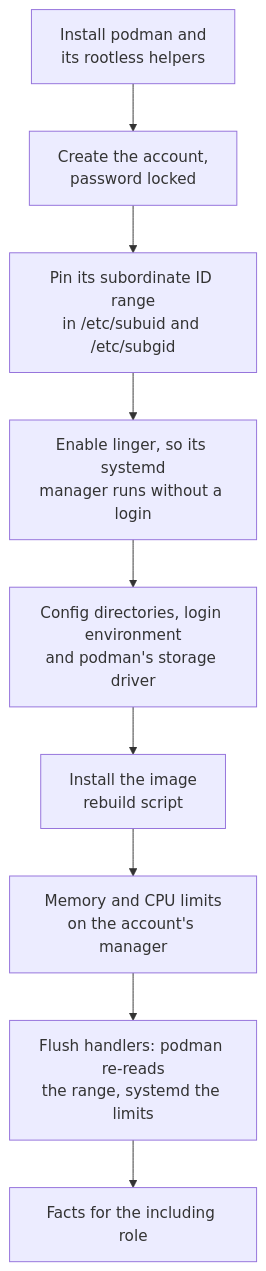
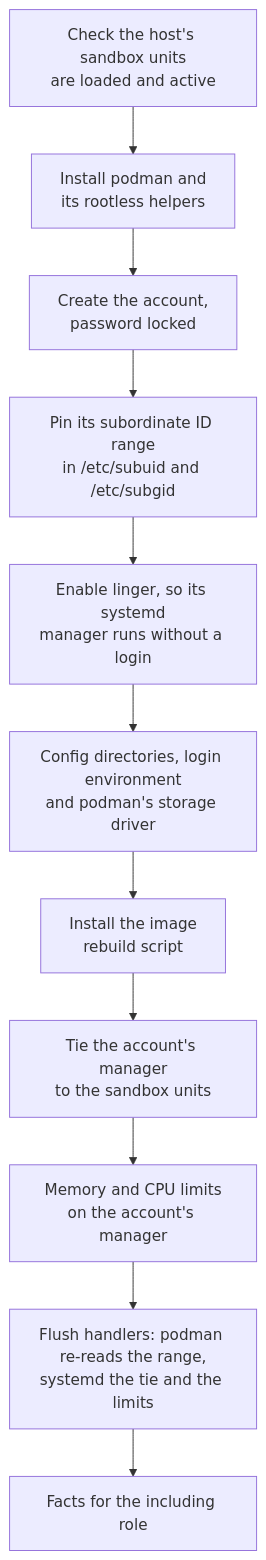
Before and after one commit to Joonalai/ansible-hostkit: the first of 2 diagrams in docs/rootless_account.md, drawn with Mermaid. The commit also changed other lines of this file and 5 other files, not shown here.

````diff
--- a/docs/rootless_account.md
+++ b/docs/rootless_account.md
@@ -9,11 +9,13 @@
 ```mermaid
 flowchart TD
-    P[Install podman and<br/>its rootless helpers] --> U[Create the account,<br/>password locked]
+    K0[Check the host's sandbox units<br/>are loaded and active] --> P[Install podman and<br/>its rootless helpers]
+    P --> U[Create the account,<br/>password locked]
     U --> I[Pin its subordinate ID range<br/>in /etc/subuid and /etc/subgid]
     I --> L[Enable linger, so its systemd<br/>manager runs without a login]
     L --> C[Config directories, login environment<br/>and podman's storage driver]
     C --> S[Install the image<br/>rebuild script]
-    S --> M[Memory and CPU limits<br/>on the account's manager]
-    M --> F[Flush handlers: podman re-reads<br/>the range, systemd the limits]
+    S --> K[Tie the account's manager<br/>to the sandbox units]
+    K --> M[Memory and CPU limits<br/>on the account's manager]
+    M --> F[Flush handlers: podman re-reads the range,<br/>systemd the tie and the limits]
     F --> O[Facts for the including role]
 ```
````
